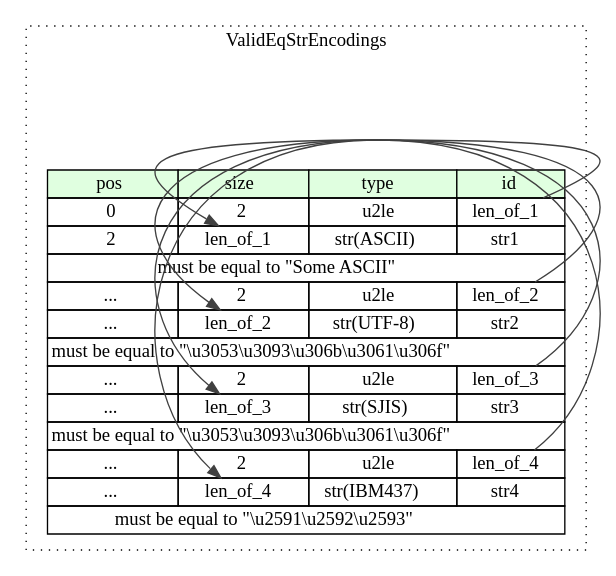
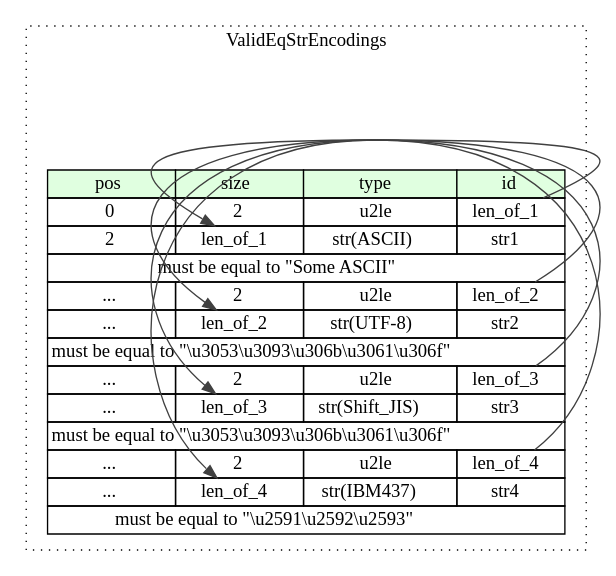
Before and after one commit to kaitai-io/ci_targets: the diagram in compiled/graphviz/valid_eq_str_encodings.dot, drawn with Graphviz. The commit also changed 329 other files, not shown here.

```diff
--- a/compiled/graphviz/valid_eq_str_encodings.dot
+++ b/compiled/graphviz/valid_eq_str_encodings.dot
@@ -1,28 +1,28 @@
 digraph {
 	rankdir=LR;
 	node [shape=plaintext];
 	subgraph cluster__valid_eq_str_encodings {
 		label="ValidEqStrEncodings";
 		graph[style=dotted];
 
 		valid_eq_str_encodings__seq [label=<<TABLE BORDER="0" CELLBORDER="1" CELLSPACING="0">
 			<TR><TD BGCOLOR="#E0FFE0">pos</TD><TD BGCOLOR="#E0FFE0">size</TD><TD BGCOLOR="#E0FFE0">type</TD><TD BGCOLOR="#E0FFE0">id</TD></TR>
 			<TR><TD PORT="len_of_1_pos">0</TD><TD PORT="len_of_1_size">2</TD><TD>u2le</TD><TD PORT="len_of_1_type">len_of_1</TD></TR>
 			<TR><TD PORT="str1_pos">2</TD><TD PORT="str1_size">len_of_1</TD><TD>str(ASCII)</TD><TD PORT="str1_type">str1</TD></TR>
 			<TR><TD COLSPAN="4" PORT="str1__valid">must be equal to &quot;Some ASCII&quot;</TD></TR>
 			<TR><TD PORT="len_of_2_pos">...</TD><TD PORT="len_of_2_size">2</TD><TD>u2le</TD><TD PORT="len_of_2_type">len_of_2</TD></TR>
 			<TR><TD PORT="str2_pos">...</TD><TD PORT="str2_size">len_of_2</TD><TD>str(UTF-8)</TD><TD PORT="str2_type">str2</TD></TR>
 			<TR><TD COLSPAN="4" PORT="str2__valid">must be equal to &quot;\u3053\u3093\u306b\u3061\u306f&quot;</TD></TR>
 			<TR><TD PORT="len_of_3_pos">...</TD><TD PORT="len_of_3_size">2</TD><TD>u2le</TD><TD PORT="len_of_3_type">len_of_3</TD></TR>
-			<TR><TD PORT="str3_pos">...</TD><TD PORT="str3_size">len_of_3</TD><TD>str(SJIS)</TD><TD PORT="str3_type">str3</TD></TR>
+			<TR><TD PORT="str3_pos">...</TD><TD PORT="str3_size">len_of_3</TD><TD>str(Shift_JIS)</TD><TD PORT="str3_type">str3</TD></TR>
 			<TR><TD COLSPAN="4" PORT="str3__valid">must be equal to &quot;\u3053\u3093\u306b\u3061\u306f&quot;</TD></TR>
 			<TR><TD PORT="len_of_4_pos">...</TD><TD PORT="len_of_4_size">2</TD><TD>u2le</TD><TD PORT="len_of_4_type">len_of_4</TD></TR>
 			<TR><TD PORT="str4_pos">...</TD><TD PORT="str4_size">len_of_4</TD><TD>str(IBM437)</TD><TD PORT="str4_type">str4</TD></TR>
 			<TR><TD COLSPAN="4" PORT="str4__valid">must be equal to &quot;\u2591\u2592\u2593&quot;</TD></TR>
 		</TABLE>>];
 	}
 	valid_eq_str_encodings__seq:len_of_1_type -> valid_eq_str_encodings__seq:str1_size [color="#404040"];
 	valid_eq_str_encodings__seq:len_of_2_type -> valid_eq_str_encodings__seq:str2_size [color="#404040"];
 	valid_eq_str_encodings__seq:len_of_3_type -> valid_eq_str_encodings__seq:str3_size [color="#404040"];
 	valid_eq_str_encodings__seq:len_of_4_type -> valid_eq_str_encodings__seq:str4_size [color="#404040"];
 }
```
